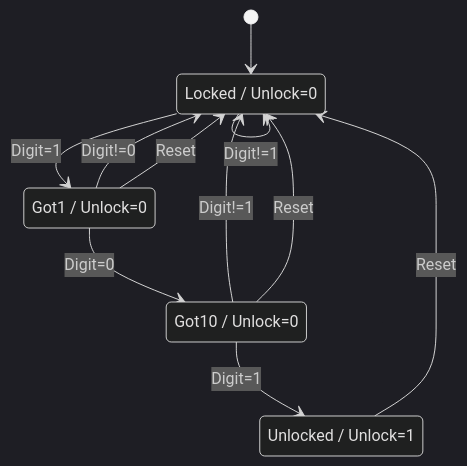
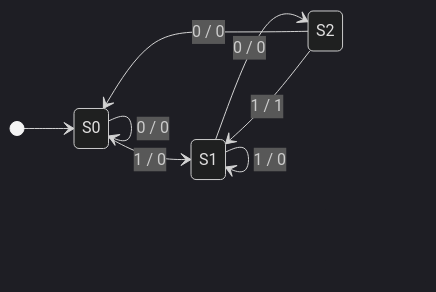
Before and after one commit to ruslylove/digital: the fourth of 4 diagrams in lecture_8.md, drawn with Mermaid (dark theme). The commit also changed other lines of this file and 3 other files, not shown here.

````diff
--- a/lecture_8.md
+++ b/lecture_8.md
@@ -142,22 +407,17 @@
 ```mermaid
 stateDiagram-v2
-    state "Locked / Unlock=0" as Locked
-    state "Got1 / Unlock=0" as Got1
-    state "Got10 / Unlock=0" as Got10
-    state "Unlocked / Unlock=1" as Unlocked
+    direction LR
+    state "S0" as S0
+    state "S1" as S1
+    state "S2" as S2
 
-    [*] --> Locked
-    Locked --> Got1 : Digit=1
-    Locked --> Locked : Digit!=1
+    [*] --> S0
+    S0 --> S0 : 0 / 0
+    S0 --> S1 : 1 / 0
     
-    Got1 --> Got10 : Digit=0
-    Got1 --> Locked : Digit!=0
+    S1 --> S1 : 1 / 0
+    S1 --> S2 : 0 / 0
 
-    Got10 --> Unlocked : Digit=1
-    Got10 --> Locked : Digit!=1
-
-    Unlocked --> Locked : Reset
-
-    Got1 --> Locked : Reset
-    Got10 --> Locked : Reset
+    S2 --> S0 : 0 / 0
+    S2 --> S1 : 1 / 1
 ```
````
